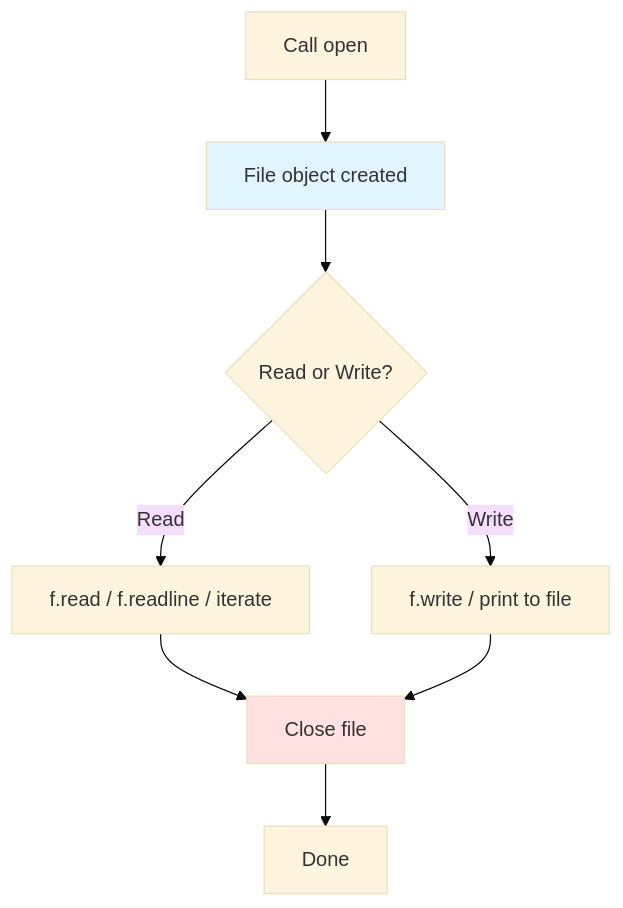
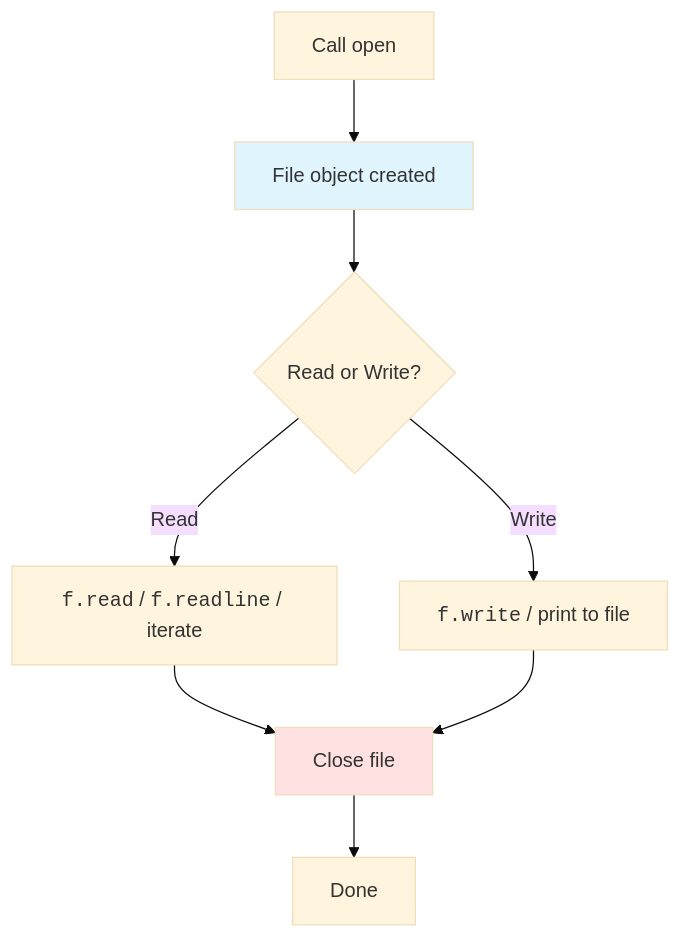
The first of 2 diagrams in content/courses/python-basics/files.mdx (dataslope/dataslope), drawn with Mermaid (base theme) before and after one commit. The commit also changed 65 other files, not shown here.

First line of the commit message:
Set code in every mermaid label in the mono face

````diff
--- a/content/courses/python-basics/files.mdx
+++ b/content/courses/python-basics/files.mdx
@@ -27,12 +27,12 @@
 ```mermaid
 flowchart TD
     A[Call open] --> B[File object created]
     B --> C{Read or Write?}
-    C -->|Read| D[f.read / f.readline / iterate]
-    C -->|Write| E[f.write / print to file]
+    C -->|Read| D["<code>f.read</code> / <code>f.readline</code> / iterate"]
+    C -->|Write| E["<code>f.write</code> / print to file"]
     D --> F[Close file]
     E --> F
     F --> G[Done]
     style B fill:#e1f5ff
     style F fill:#ffe1e1
 ```
````
